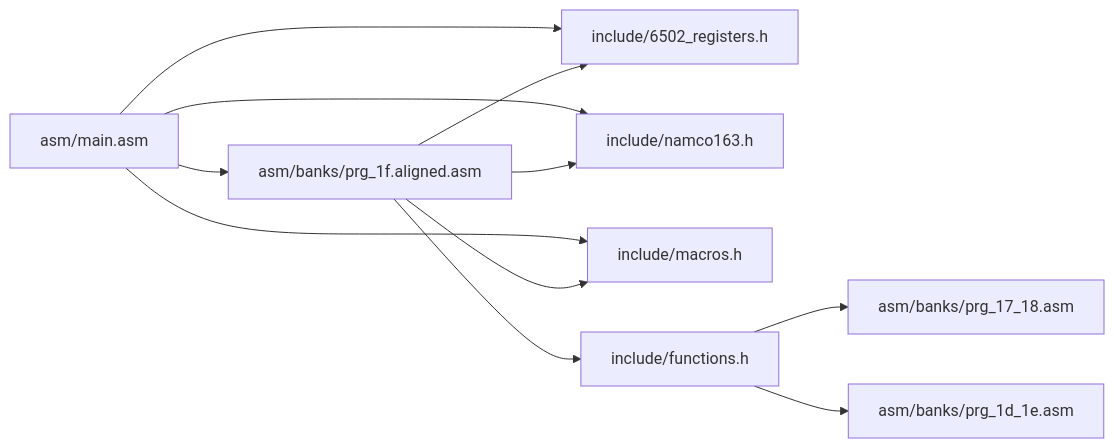
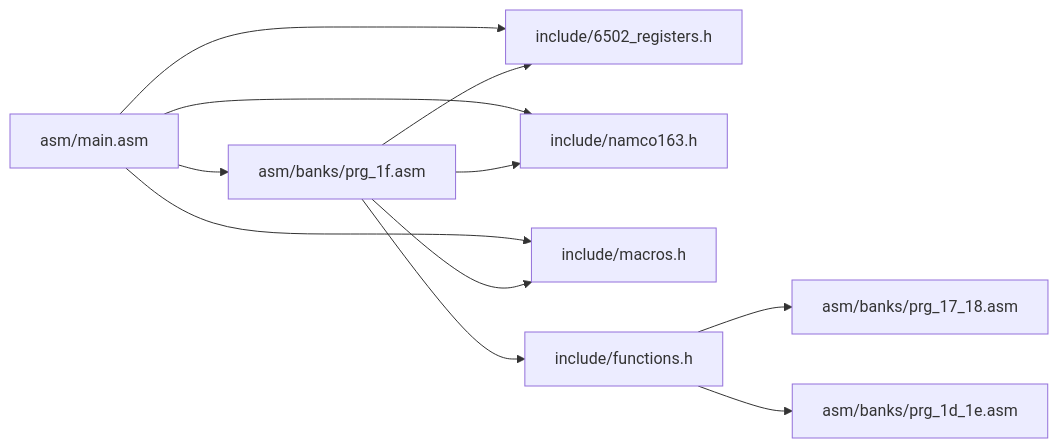
One commit to rabbyzero/sango2dasm changed the eighth of 8 diagrams in .qoder/repowiki/en/content/Data Access and Memory Management/Memory Organization and Addressing.md. Above: the diagram before and after it, drawn with Mermaid. The commit also changed other lines of this file and 31 other files, not shown here.

Commit message:
prg bank $0a $0b WIP. rename prg_1f.aligned.asm to prg_1f.asm.

````diff
--- a/.qoder/repowiki/en/content/Data Access and Memory Management/Memory Organization and Addressing.md
+++ b/.qoder/repowiki/en/content/Data Access and Memory Management/Memory Organization and Addressing.md
@@ -623,13 +623,13 @@
 ```mermaid
 graph LR
 MAIN["asm/main.asm"] --> REGS["include/6502_registers.h"]
 MAIN --> MAP["include/namco163.h"]
 MAIN --> MAC["include/macros.h"]
-MAIN --> PRG1F["asm/banks/prg_1f.aligned.asm"]
+MAIN --> PRG1F["asm/banks/prg_1f.asm"]
 PRG1F --> REGS
 PRG1F --> MAP
 PRG1F --> MAC
 PRG1F --> FUNC["include/functions.h"]
 FUNC --> BANK17_18["asm/banks/prg_17_18.asm"]
 FUNC --> BANK1D_1E["asm/banks/prg_1d_1e.asm"]
 ```
````
